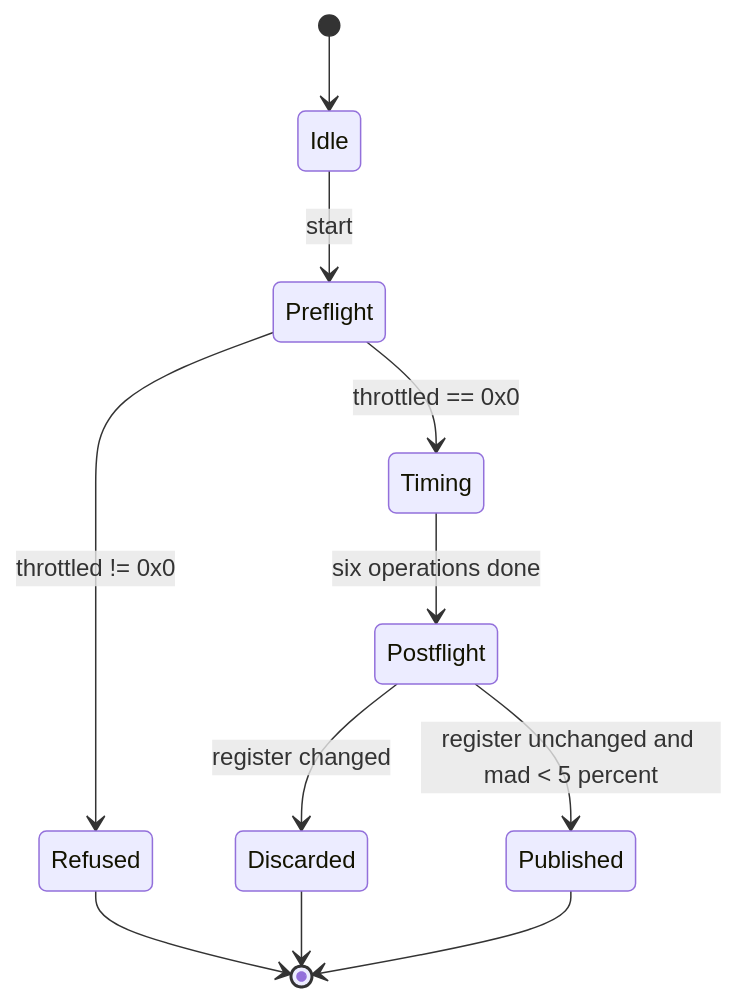
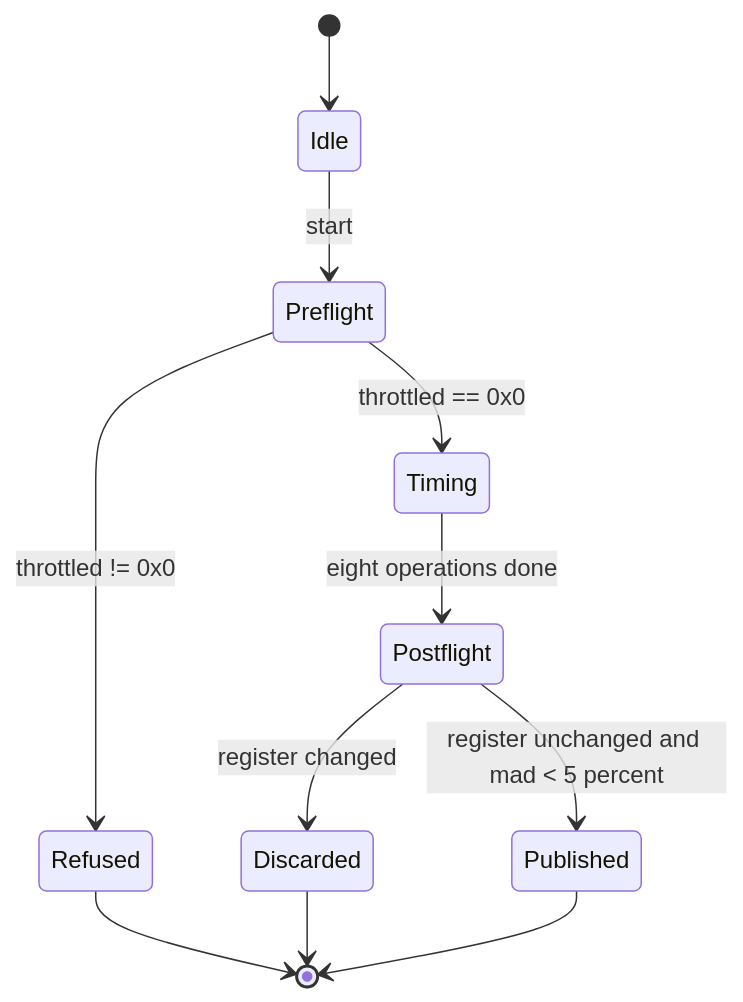
The second of 2 diagrams in chapters/01-the-price-list.md (ambrosiobing/embedded-zkmc), drawn with Mermaid before and after one commit. The commit also changed other lines of this file and 33 other files, not shown here.

````diff
--- a/chapters/01-the-price-list.md
+++ b/chapters/01-the-price-list.md
@@ -211,13 +218,13 @@
 ```mermaid
 stateDiagram-v2
   [*] --> Idle
   Idle --> Preflight : start
   Preflight --> Refused : throttled != 0x0
   Preflight --> Timing : throttled == 0x0
-  Timing --> Postflight : six operations done
+  Timing --> Postflight : eight operations done
   Postflight --> Discarded : register changed
   Postflight --> Published : register unchanged and mad < 5 percent
   Refused --> [*]
   Discarded --> [*]
   Published --> [*]
 ```
````
